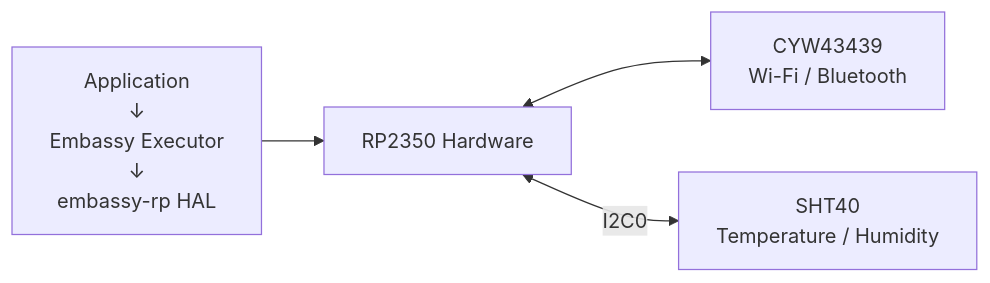
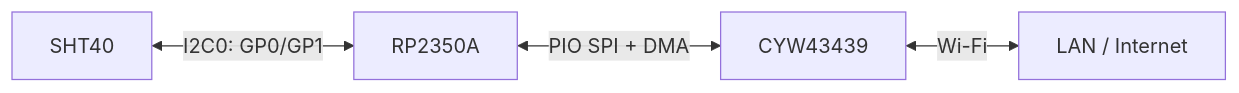
The second of 4 diagrams in docs/architecture.md (zmad5306/PicoDataLogger), drawn with Mermaid before and after one commit. The commit also changed other lines of this file and 1 other file, not shown here.

Commit message:
Refresh architecture and project documentation (#39)

````diff
--- a/docs/architecture.md
+++ b/docs/architecture.md
@@ -75,11 +64,6 @@
 ```mermaid
 flowchart LR
-    FW["Application<br/>↓<br/>Embassy Executor<br/>↓<br/>embassy-rp HAL"]
-    RP["RP2350 Hardware"]
-    RADIO["CYW43439<br/>Wi-Fi / Bluetooth"]
-    SHT["SHT40<br/>Temperature / Humidity"]
-
-    FW --> RP
-    RP <--> RADIO
-    RP <-->|"I2C0"| SHT
+    SHT["SHT40"] <-->|"I2C0: GP0/GP1"| RP["RP2350A"]
+    RP <-->|"PIO SPI + DMA"| RADIO["CYW43439"]
+    RADIO <-->|"Wi-Fi"| LAN["LAN / Internet"]
 ```
````
